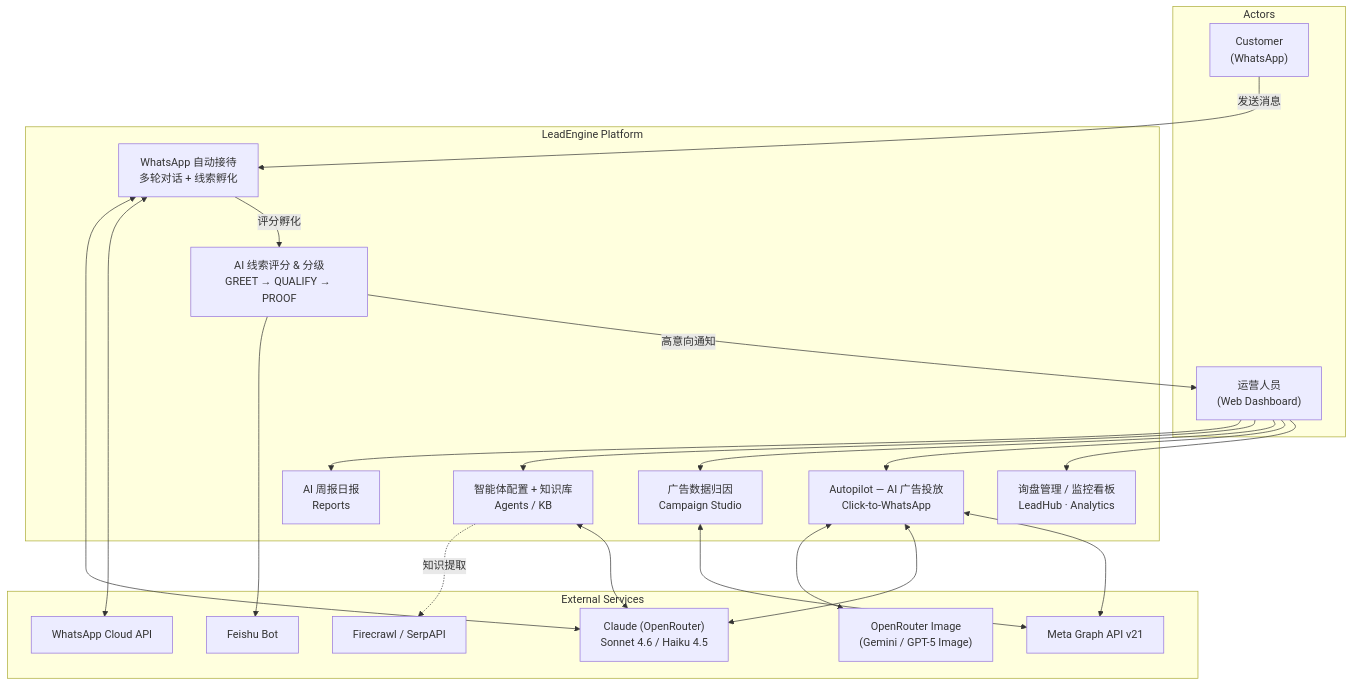
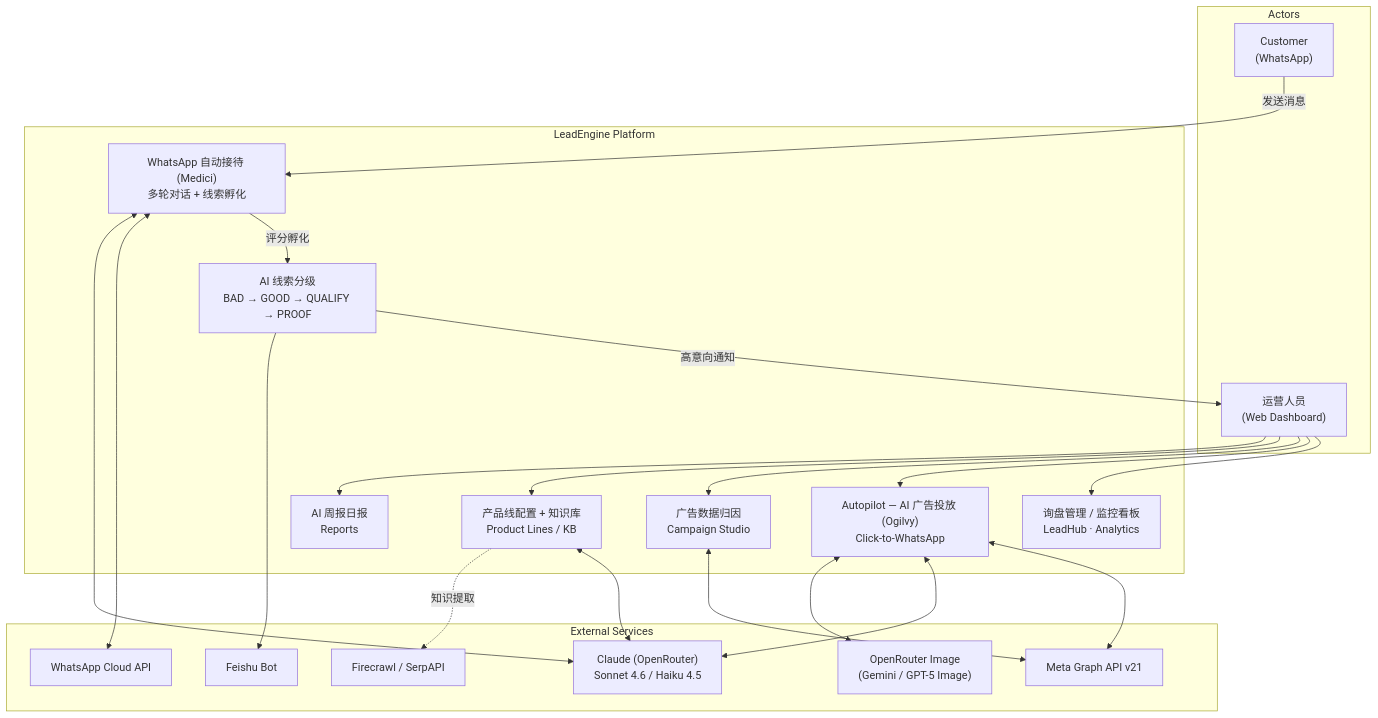
One commit to Sciiaok/xuqiu-bot changed the first of 12 diagrams in README.md. Above: the diagram before and after it, drawn with Mermaid. The commit also changed other lines of this file and 124 other files, not shown here.

Commit message:
welcome medici & ogilvy! (#27)

````diff
--- a/README.md
+++ b/README.md
@@ -27,45 +31,45 @@
 ```mermaid
 graph TB
     subgraph Actors
         Customer["Customer<br/>(WhatsApp)"]
         Operator["运营人员<br/>(Web Dashboard)"]
     end
 
     subgraph LeadEngine["LeadEngine Platform"]
-        UC1["WhatsApp 自动接待<br/>多轮对话 + 线索孵化"]
-        UC2["AI 线索评分 & 分级<br/>GREET → QUALIFY → PROOF"]
+        UC1["WhatsApp 自动接待 (Medici)<br/>多轮对话 + 线索孵化"]
+        UC2["AI 线索分级<br/>BAD → GOOD → QUALIFY → PROOF"]
         UC3["询盘管理 / 监控看板<br/>LeadHub · Analytics"]
-        UC4["Autopilot — AI 广告投放<br/>Click-to-WhatsApp"]
+        UC4["Autopilot — AI 广告投放 (Ogilvy)<br/>Click-to-WhatsApp"]
         UC5["广告数据归因<br/>Campaign Studio"]
-        UC6["智能体配置 + 知识库<br/>Agents / KB"]
+        UC6["产品线配置 + 知识库<br/>Product Lines / KB"]
         UC7["AI 周报日报<br/>Reports"]
     end
 
     subgraph External["External Services"]
         WA["WhatsApp Cloud API"]
         Claude["Claude (OpenRouter)<br/>Sonnet 4.6 / Haiku 4.5"]
         Meta["Meta Graph API v21"]
         Image["OpenRouter Image<br/>(Gemini / GPT-5 Image)"]
         Firecrawl["Firecrawl / SerpAPI"]
         Feishu["Feishu Bot"]
     end
 
     Customer -->|发送消息| UC1
     UC1 -->|评分孵化| UC2
     UC2 -->|高意向通知| Operator
     Operator --> UC3
     Operator --> UC4
     Operator --> UC5
     Operator --> UC6
     Operator --> UC7
 
     UC1 <--> WA
     UC1 <--> Claude
     UC4 <--> Meta
     UC4 <--> Claude
     UC4 <--> Image
     UC5 <--> Meta
     UC6 <--> Claude
     UC2 --> Feishu
     UC6 -.知识提取.-> Firecrawl
 ```
````
